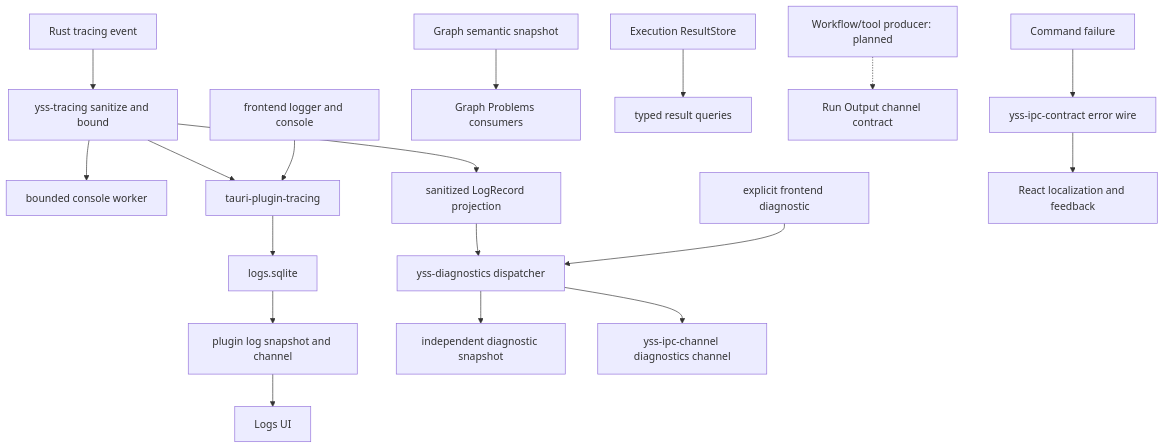
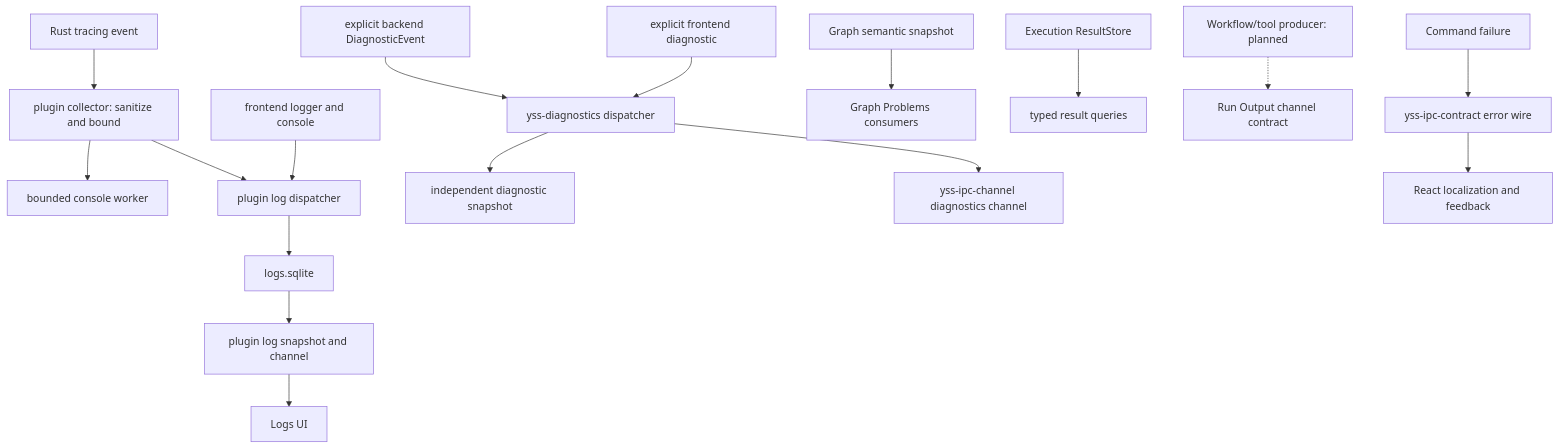
The diagram in docs/architecture/RUNTIME_SIGNALS.md (zhouyi207/YssBI), drawn with Mermaid before and after one commit. The commit also changed other lines of this file and 50 other files, not shown here.

First line of the commit message:
refactor(signals): decouple diagnostics from plugin-owned logging

````diff
--- a/docs/architecture/RUNTIME_SIGNALS.md
+++ b/docs/architecture/RUNTIME_SIGNALS.md
@@ -34,21 +34,20 @@
 ```mermaid
 flowchart TD
-  TRACE[Rust tracing event] --> SANITIZE[yss-tracing sanitize and bound]
+  TRACE[Rust tracing event] --> SANITIZE[plugin collector: sanitize and bound]
   SANITIZE --> CONSOLE[bounded console worker]
-  SANITIZE --> LOGPLUGIN[tauri-plugin-tracing]
+  SANITIZE --> LOGPLUGIN[plugin log dispatcher]
   FELOG[frontend logger and console] --> LOGPLUGIN
   LOGPLUGIN --> SQLITE[logs.sqlite]
   SQLITE --> LOGCHANNEL[plugin log snapshot and channel]
   LOGCHANNEL --> LOGS[Logs UI]
-  SANITIZE --> RUSTPROJ[sanitized LogRecord projection]
-  RUSTPROJ --> DIAG[yss-diagnostics dispatcher]
+  RUSTDIAG[explicit backend DiagnosticEvent] --> DIAG[yss-diagnostics dispatcher]
   FEDIAG[explicit frontend diagnostic] --> DIAG
   DIAG --> RECENT[independent diagnostic snapshot]
   DIAG --> LIVE[yss-ipc-channel diagnostics channel]
 
   GRAPH[Graph semantic snapshot] --> PROBLEMS[Graph Problems consumers]
   RESULT[Execution ResultStore] --> RESULTQUERY[typed result queries]
   PROGRAM[Workflow/tool producer: planned] -.-> OUTPUT[Run Output channel contract]
   FAILURE[Command failure] --> WIRE[yss-ipc-contract error wire]
   WIRE --> FEEDBACK[React localization and feedback]
 ```
````
